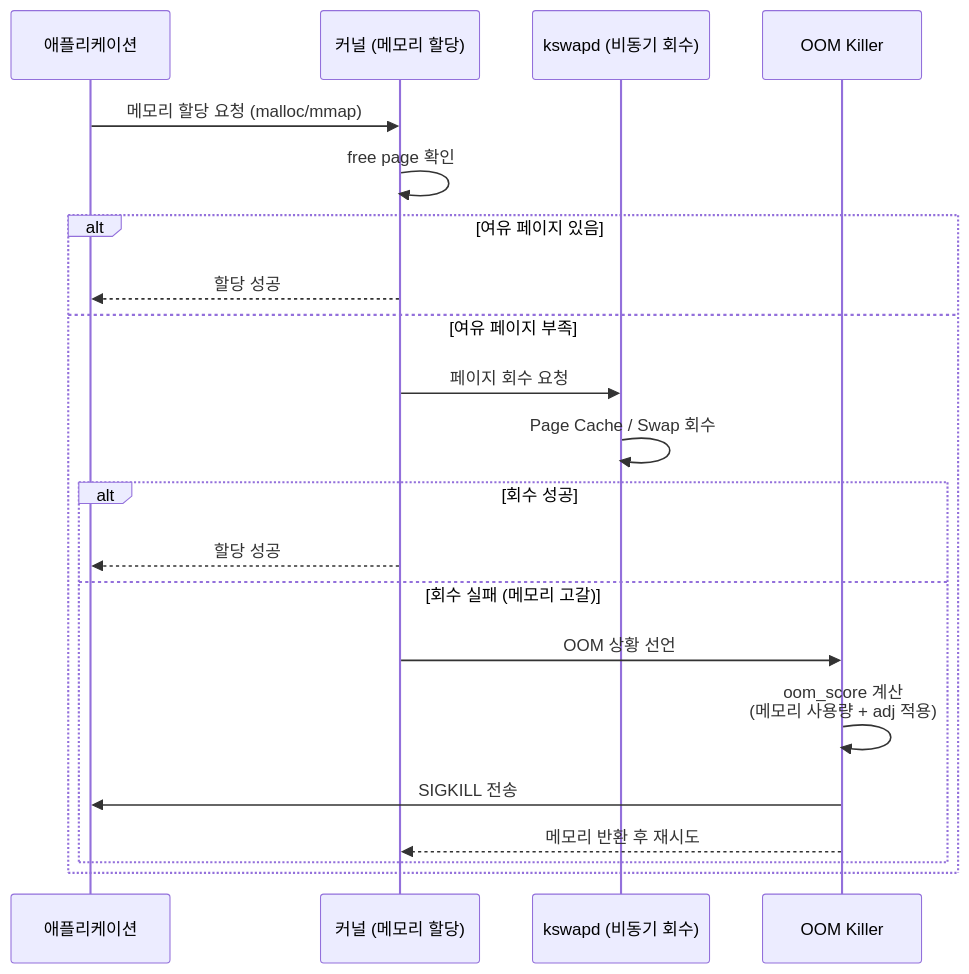
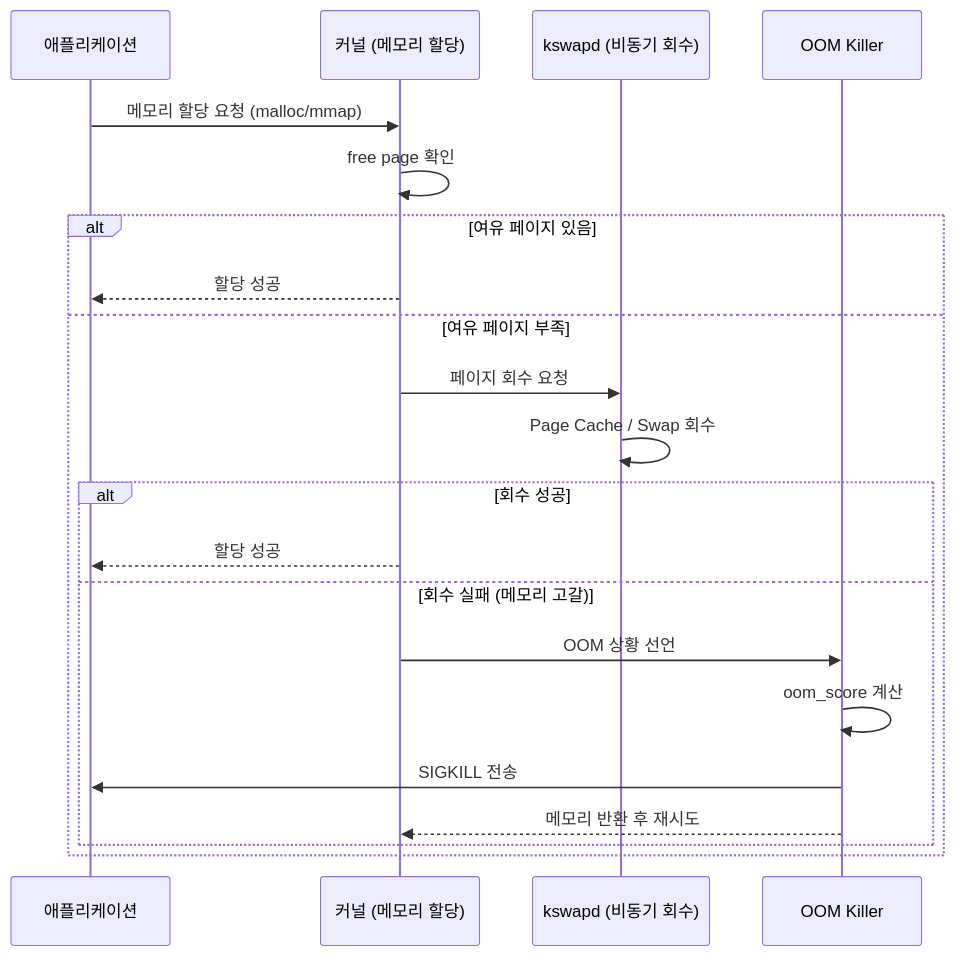
Before and after one commit to moonblueblue/devops-wiki: the third of 7 diagrams in content/linux/performance/memory-oom.md, drawn with Mermaid. The commit also changed other lines of this file and 12 other files, not shown here.

First line of the commit message:
style: linux 섹션 전체 ASCII art 제거 및 Mermaid 규칙 적용

````diff
--- a/content/linux/performance/memory-oom.md
+++ b/content/linux/performance/memory-oom.md
@@ -248,24 +241,24 @@
 ```mermaid
 sequenceDiagram
     participant App as 애플리케이션
     participant Kernel as 커널 (메모리 할당)
     participant kswapd as kswapd (비동기 회수)
     participant OOM as OOM Killer
 
     App->>Kernel: 메모리 할당 요청 (malloc/mmap)
     Kernel->>Kernel: free page 확인
     alt 여유 페이지 있음
         Kernel-->>App: 할당 성공
     else 여유 페이지 부족
         Kernel->>kswapd: 페이지 회수 요청
         kswapd->>kswapd: Page Cache / Swap 회수
         alt 회수 성공
             Kernel-->>App: 할당 성공
         else 회수 실패 (메모리 고갈)
             Kernel->>OOM: OOM 상황 선언
-            OOM->>OOM: oom_score 계산<br/>(메모리 사용량 + adj 적용)
+            OOM->>OOM: oom_score 계산
             OOM->>App: SIGKILL 전송
             OOM-->>Kernel: 메모리 반환 후 재시도
         end
     end
 ```
````
